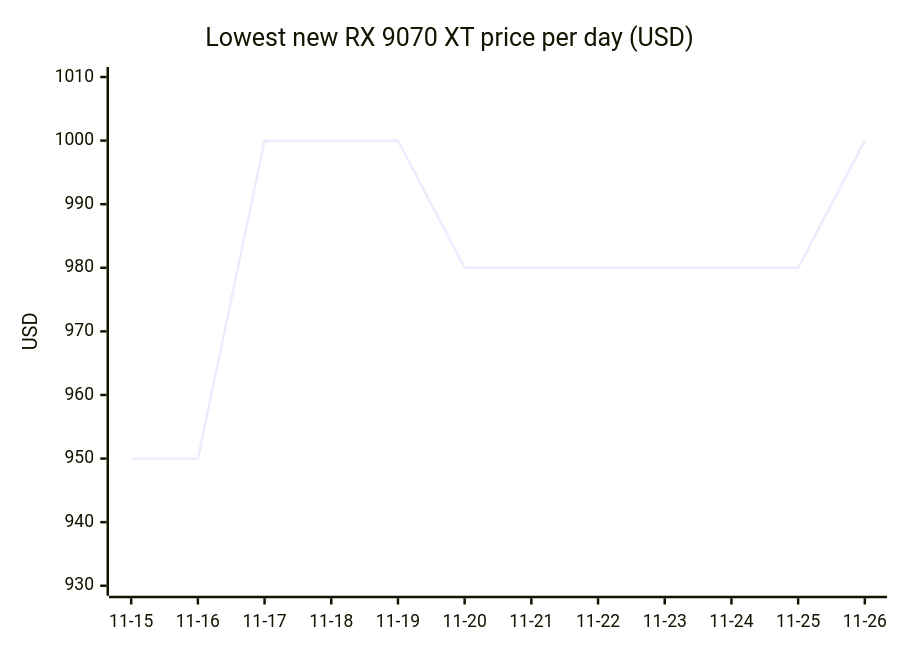
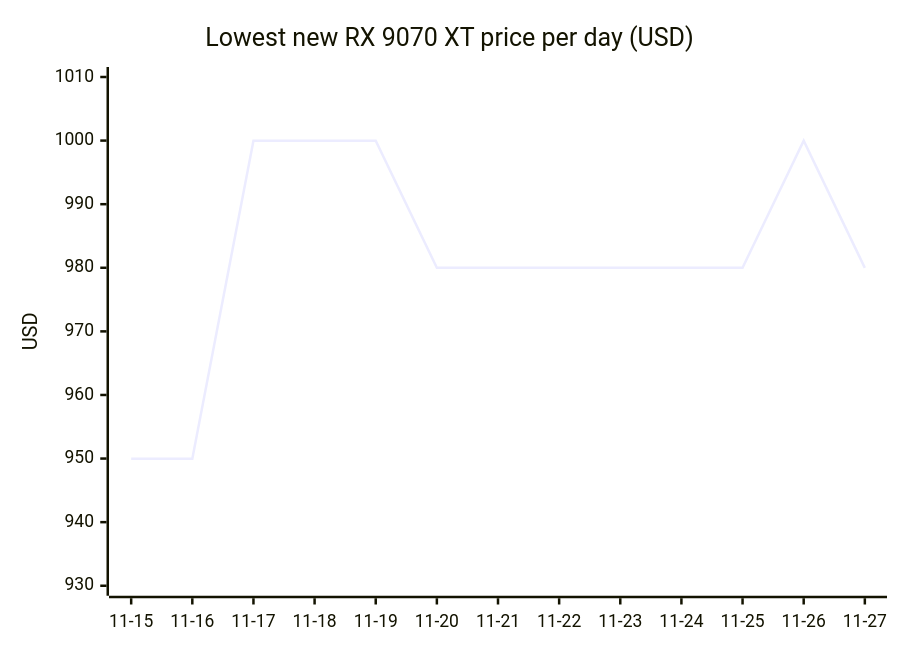
Before and after one commit to 7324136828/4tb_ssd_price_watch: diagram 11 of 18 in README.md, drawn with Mermaid. The commit also changed other lines of this file, not shown here.

````diff
--- a/README.md
+++ b/README.md
@@ -1293,7 +1330,7 @@
 ```mermaid
 xychart-beta
     title "Lowest new RX 9070 XT price per day (USD)"
-    x-axis ["11-15", "11-16", "11-17", "11-18", "11-19", "11-20", "11-21", "11-22", "11-23", "11-24", "11-25", "11-26"]
+    x-axis ["11-15", "11-16", "11-17", "11-18", "11-19", "11-20", "11-21", "11-22", "11-23", "11-24", "11-25", "11-26", "11-27"]
     y-axis "USD" 930 --> 1010
-    line [949.99, 949.99, 999.99, 999.99, 999.99, 979.99, 979.99, 979.99, 979.99, 979.99, 979.99, 999.99]
+    line [949.99, 949.99, 999.99, 999.99, 999.99, 979.99, 979.99, 979.99, 979.99, 979.99, 979.99, 999.99, 979.99]
 ```
````
